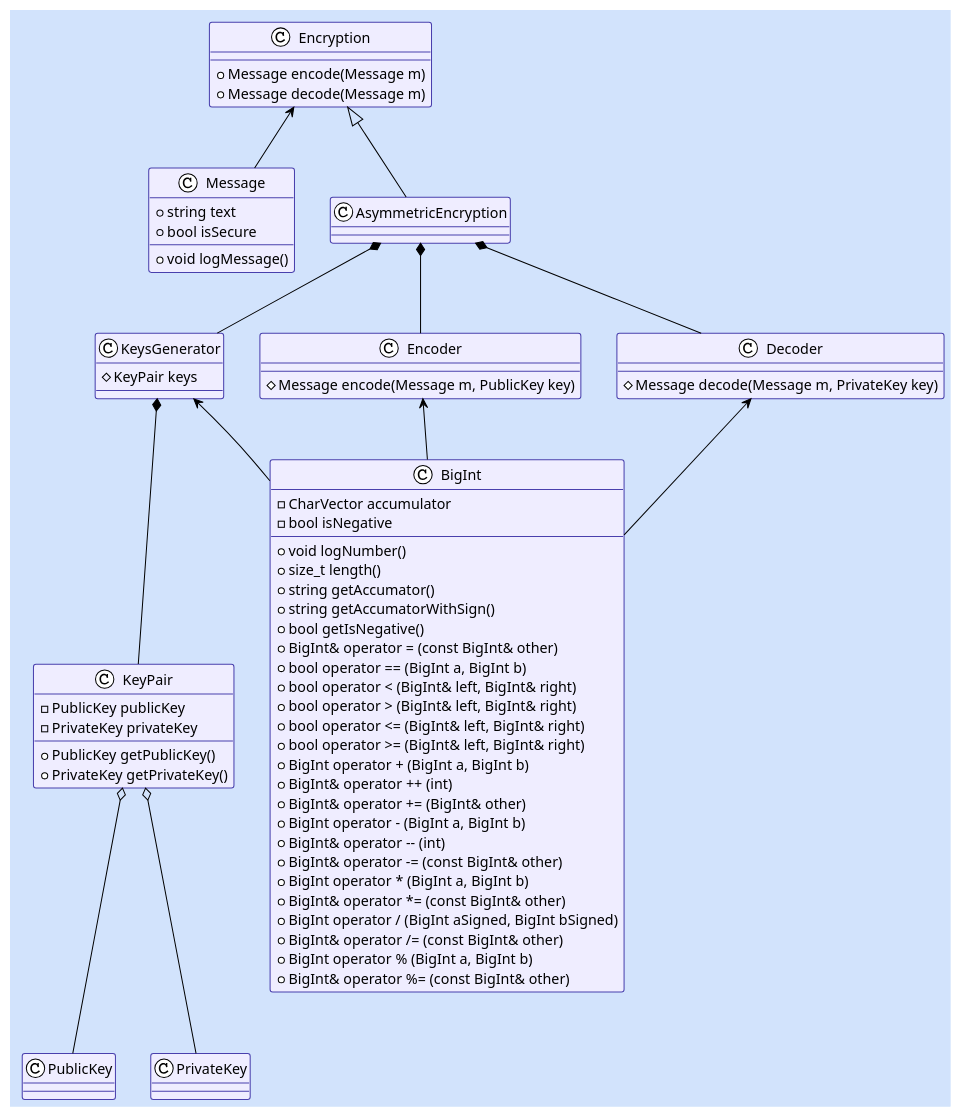
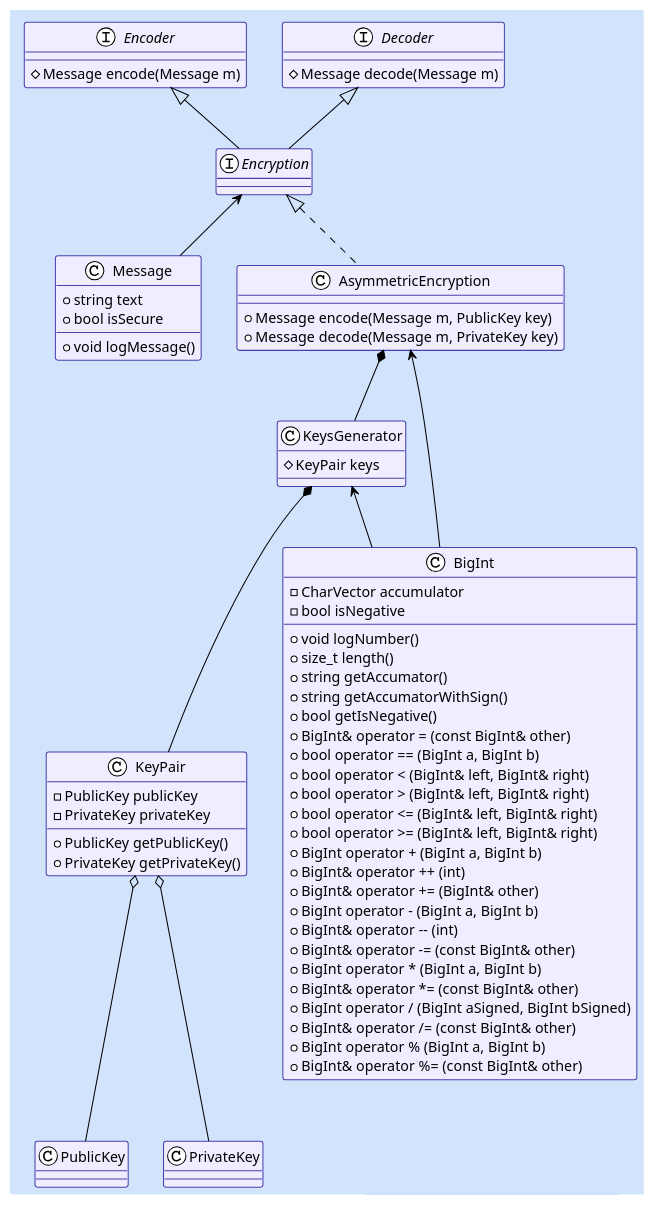
Before and after one commit to RNEvok/Encryption: the diagram in Diagrams/classes.puml, drawn with PlantUML. The commit also changed 8 other files, not shown here.

```diff
--- a/Diagrams/classes.puml
+++ b/Diagrams/classes.puml
@@ -1,84 +1,88 @@
 @startuml Диаграмма классов
   !theme plain
   skinparam BackgroundColor #d2e3fc
   skinparam ClassBorderColor #4940ad
   skinparam ClassBackgroundColor #efedff
   skinparam Handwritten false
 
   class Message {
     +string text
     +bool isSecure
     +void logMessage()
   }
 
-  class Encryption {
-    +Message encode(Message m)
-    +Message decode(Message m)
+  interface Encryption
+
+  class AsymmetricEncryption {
+    +Message encode(Message m, PublicKey key)
+    +Message decode(Message m, PrivateKey key)
   }
-
-  class AsymmetricEncryption
   class PublicKey
   class PrivateKey
   class KeyPair {
     -PublicKey publicKey
     -PrivateKey privateKey
     +PublicKey getPublicKey()
     +PrivateKey getPrivateKey()
   }
 
   class KeysGenerator {
     #KeyPair keys
   }
 
-  class Encoder {
-    #Message encode(Message m, PublicKey key)
+  interface Encoder {
+    #Message encode(Message m)
   }
 
-  class Decoder {
-    #Message decode(Message m, PrivateKey key)
+  interface Decoder {
+    #Message decode(Message m)
   }
 
   class BigInt {
     -CharVector accumulator
     -bool isNegative
     +void logNumber()
     +size_t length()
     +string getAccumator()
     +string getAccumatorWithSign()
     +bool getIsNegative()
     +BigInt& operator = (const BigInt& other)
     +bool operator == (BigInt a, BigInt b)
     +bool operator < (BigInt& left, BigInt& right)
     +bool operator > (BigInt& left, BigInt& right)
     +bool operator <= (BigInt& left, BigInt& right)
     +bool operator >= (BigInt& left, BigInt& right)
     +BigInt operator + (BigInt a, BigInt b)
     +BigInt& operator ++ (int)
     +BigInt& operator += (BigInt& other)
     +BigInt operator - (BigInt a, BigInt b)
     +BigInt& operator -- (int)
     +BigInt& operator -= (const BigInt& other)
     +BigInt operator * (BigInt a, BigInt b)
     +BigInt& operator *= (const BigInt& other)
     +BigInt operator / (BigInt aSigned, BigInt bSigned)
     +BigInt& operator /= (const BigInt& other)
     +BigInt operator % (BigInt a, BigInt b)
     +BigInt& operator %= (const BigInt& other)
   }
 
   KeyPair o-- PrivateKey
   KeyPair o-- PublicKey
 
-  Encryption <|-- AsymmetricEncryption
+  Encoder <|-- Encryption
+  Decoder <|-- Encryption
+
+  Encryption <|.. AsymmetricEncryption
   Encryption <-- Message
 
   AsymmetricEncryption *-- KeysGenerator
-  AsymmetricEncryption *-- Encoder
-  AsymmetricEncryption *-- Decoder
+  AsymmetricEncryption <-- BigInt
+  ' AsymmetricEncryption *-- Encoder
+  ' AsymmetricEncryption *-- Decoder
 
   KeysGenerator *-- KeyPair
   KeysGenerator <-- BigInt
-  Encoder <-- BigInt
-  Decoder <-- BigInt
+  ' Encoder <-- BigInt
+  ' Decoder <-- BigInt
   
 @enduml
```
